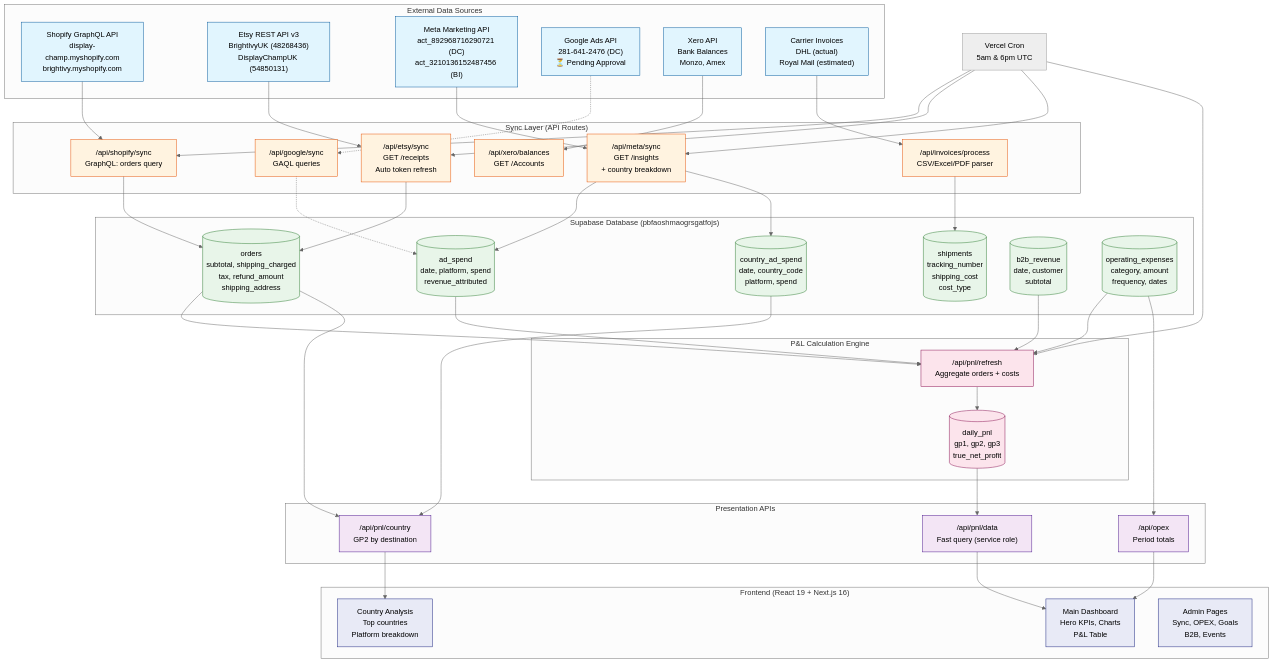
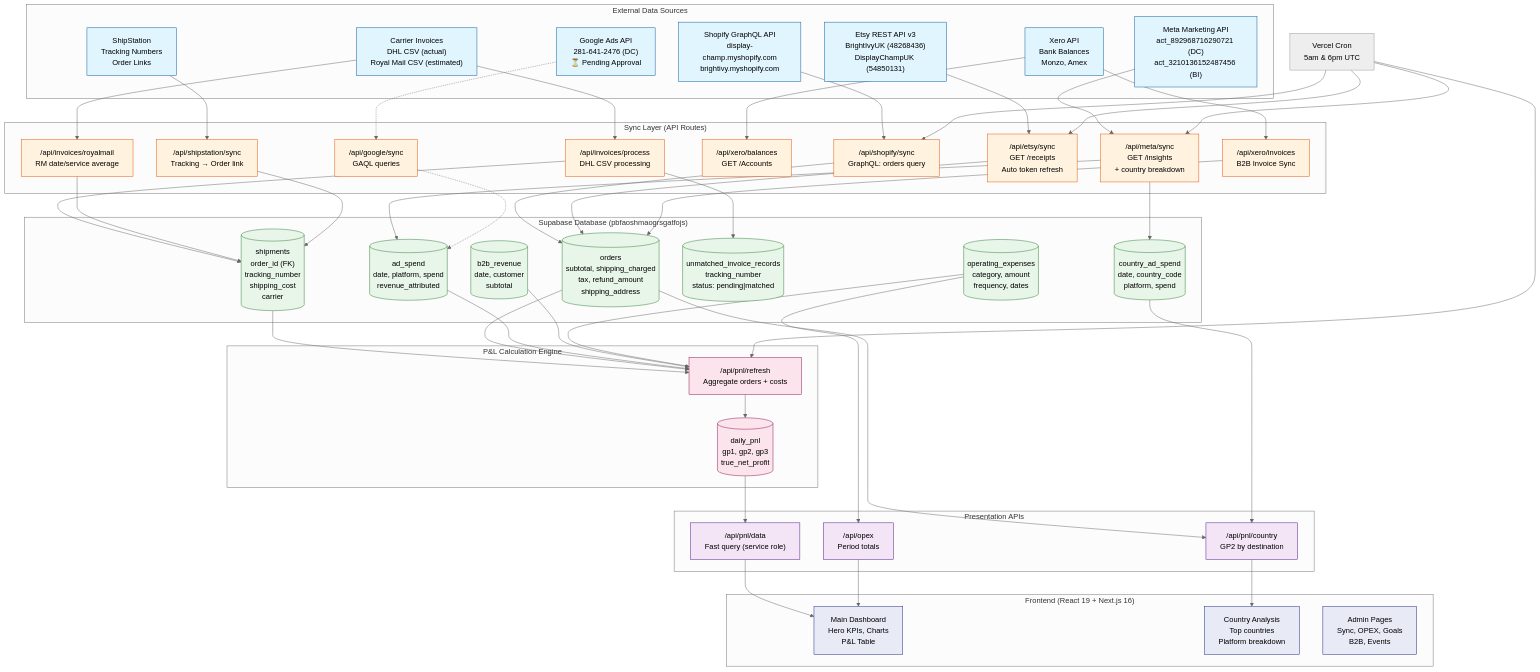
One commit to joelgarthwaite/valhalla-daily-pnl changed the diagram in docs/diagrams/data-flow.mmd. Above: the diagram before and after it, drawn with Mermaid (neutral theme). The commit also changed 10 other files, not shown here.

```diff
--- a/docs/diagrams/data-flow.mmd
+++ b/docs/diagrams/data-flow.mmd
@@ -1,98 +1,111 @@
 %% Valhalla Hub - Complete Data Flow Diagram
 %% Render with: https://mermaid.live or VS Code Mermaid extension
 
 flowchart TB
     subgraph External["External Data Sources"]
         SHOPIFY["Shopify GraphQL API<br/>display-champ.myshopify.com<br/>brightivy.myshopify.com"]
         ETSY["Etsy REST API v3<br/>BrightIvyUK (48268436)<br/>DisplayChampUK (54850131)"]
         META["Meta Marketing API<br/>act_892968716290721 (DC)<br/>act_3210136152487456 (BI)"]
         GOOGLE["Google Ads API<br/>281-641-2476 (DC)<br/>⏳ Pending Approval"]
         XERO["Xero API<br/>Bank Balances<br/>Monzo, Amex"]
-        CARRIER["Carrier Invoices<br/>DHL (actual)<br/>Royal Mail (estimated)"]
+        CARRIER["Carrier Invoices<br/>DHL CSV (actual)<br/>Royal Mail CSV (estimated)"]
+        SHIPSTATION["ShipStation<br/>Tracking Numbers<br/>Order Links"]
     end
 
     subgraph Sync["Sync Layer (API Routes)"]
         SHOP_SYNC["/api/shopify/sync<br/>GraphQL: orders query"]
         ETSY_SYNC["/api/etsy/sync<br/>GET /receipts<br/>Auto token refresh"]
         META_SYNC["/api/meta/sync<br/>GET /insights<br/>+ country breakdown"]
         GOOGLE_SYNC["/api/google/sync<br/>GAQL queries"]
         XERO_SYNC["/api/xero/balances<br/>GET /Accounts"]
-        INVOICE_UPLOAD["/api/invoices/process<br/>CSV/Excel/PDF parser"]
+        XERO_INV["/api/xero/invoices<br/>B2B Invoice Sync"]
+        INVOICE_UPLOAD["/api/invoices/process<br/>DHL CSV processing"]
+        RM_UPLOAD["/api/invoices/royalmail<br/>RM date/service average"]
+        SS_SYNC["/api/shipstation/sync<br/>Tracking → Order link"]
     end
 
     subgraph DB["Supabase Database (pbfaoshmaogrsgatfojs)"]
         ORDERS[("orders<br/>subtotal, shipping_charged<br/>tax, refund_amount<br/>shipping_address")]
         AD_SPEND[("ad_spend<br/>date, platform, spend<br/>revenue_attributed")]
         COUNTRY_AD[("country_ad_spend<br/>date, country_code<br/>platform, spend")]
-        SHIPMENTS[("shipments<br/>tracking_number<br/>shipping_cost<br/>cost_type")]
+        SHIPMENTS[("shipments<br/>order_id (FK)<br/>tracking_number<br/>shipping_cost<br/>carrier")]
+        UNMATCHED[("unmatched_invoice_records<br/>tracking_number<br/>status: pending|matched")]
         B2B[("b2b_revenue<br/>date, customer<br/>subtotal")]
         OPEX[("operating_expenses<br/>category, amount<br/>frequency, dates")]
     end
 
     subgraph Calc["P&L Calculation Engine"]
         REFRESH["/api/pnl/refresh<br/>Aggregate orders + costs"]
         DAILY_PNL[("daily_pnl<br/>gp1, gp2, gp3<br/>true_net_profit")]
     end
 
     subgraph API["Presentation APIs"]
         PNL_DATA["/api/pnl/data<br/>Fast query (service role)"]
         PNL_COUNTRY["/api/pnl/country<br/>GP2 by destination"]
         OPEX_API["/api/opex<br/>Period totals"]
     end
 
     subgraph UI["Frontend (React 19 + Next.js 16)"]
         DASHBOARD["Main Dashboard<br/>Hero KPIs, Charts<br/>P&L Table"]
         COUNTRY_PAGE["Country Analysis<br/>Top countries<br/>Platform breakdown"]
         ADMIN["Admin Pages<br/>Sync, OPEX, Goals<br/>B2B, Events"]
     end
 
     %% Data Flow Connections
     SHOPIFY --> SHOP_SYNC
     ETSY --> ETSY_SYNC
     META --> META_SYNC
     GOOGLE -.-> GOOGLE_SYNC
     XERO --> XERO_SYNC
+    XERO --> XERO_INV
     CARRIER --> INVOICE_UPLOAD
+    CARRIER --> RM_UPLOAD
+    SHIPSTATION --> SS_SYNC
 
     SHOP_SYNC --> ORDERS
     ETSY_SYNC --> ORDERS
     META_SYNC --> AD_SPEND
     META_SYNC --> COUNTRY_AD
     GOOGLE_SYNC -.-> AD_SPEND
     INVOICE_UPLOAD --> SHIPMENTS
+    INVOICE_UPLOAD --> UNMATCHED
+    RM_UPLOAD --> SHIPMENTS
+    SS_SYNC --> SHIPMENTS
+    XERO_INV --> ORDERS
+    SHIPMENTS --> REFRESH
 
     ORDERS --> REFRESH
     AD_SPEND --> REFRESH
     B2B --> REFRESH
     OPEX --> REFRESH
     REFRESH --> DAILY_PNL
 
     DAILY_PNL --> PNL_DATA
     ORDERS --> PNL_COUNTRY
     COUNTRY_AD --> PNL_COUNTRY
     OPEX --> OPEX_API
 
     PNL_DATA --> DASHBOARD
     PNL_COUNTRY --> COUNTRY_PAGE
     OPEX_API --> DASHBOARD
 
     %% Cron Job
     CRON["Vercel Cron<br/>5am & 6pm UTC"] --> SHOP_SYNC
     CRON --> ETSY_SYNC
     CRON --> META_SYNC
     CRON --> REFRESH
 
     %% Styling
     classDef external fill:#e1f5fe,stroke:#01579b
     classDef sync fill:#fff3e0,stroke:#e65100
     classDef db fill:#e8f5e9,stroke:#2e7d32
     classDef calc fill:#fce4ec,stroke:#880e4f
     classDef api fill:#f3e5f5,stroke:#4a148c
     classDef ui fill:#e8eaf6,stroke:#1a237e
 
-    class SHOPIFY,ETSY,META,GOOGLE,XERO,CARRIER external
-    class SHOP_SYNC,ETSY_SYNC,META_SYNC,GOOGLE_SYNC,XERO_SYNC,INVOICE_UPLOAD sync
-    class ORDERS,AD_SPEND,COUNTRY_AD,SHIPMENTS,B2B,OPEX db
+    class SHOPIFY,ETSY,META,GOOGLE,XERO,CARRIER,SHIPSTATION external
+    class SHOP_SYNC,ETSY_SYNC,META_SYNC,GOOGLE_SYNC,XERO_SYNC,XERO_INV,INVOICE_UPLOAD,RM_UPLOAD,SS_SYNC sync
+    class ORDERS,AD_SPEND,COUNTRY_AD,SHIPMENTS,UNMATCHED,B2B,OPEX db
     class REFRESH,DAILY_PNL calc
     class PNL_DATA,PNL_COUNTRY,OPEX_API api
     class DASHBOARD,COUNTRY_PAGE,ADMIN ui
```
